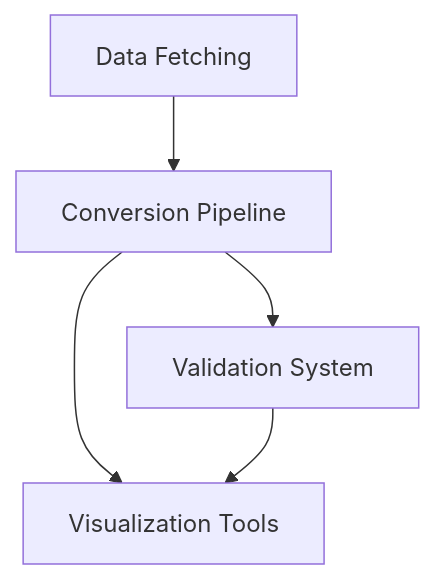
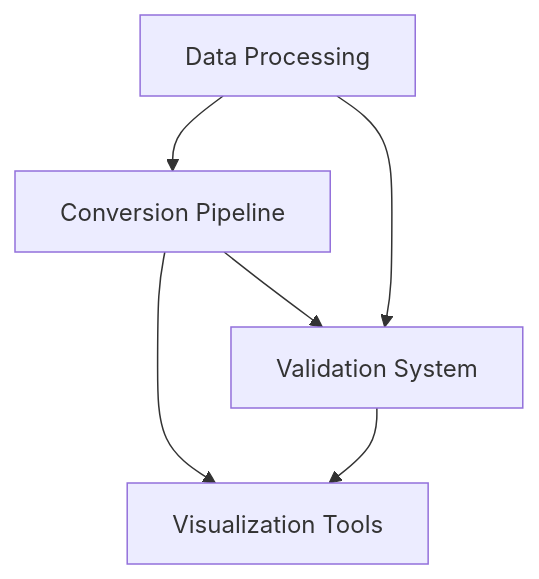
Before and after one commit to bilgeswe/SWE599: the diagram in docs/architecture.md, drawn with Mermaid. The commit also changed other lines of this file and 18 other files, not shown here.

````diff
--- a/docs/architecture.md
+++ b/docs/architecture.md
@@ -31,7 +35,8 @@
 ```mermaid
 graph TD
-    A[Data Fetching] --> B[Conversion Pipeline]
+    A[Data Processing] --> B[Conversion Pipeline]
     B --> C[Validation System]
     B --> D[Visualization Tools]
     C --> D
+    A --> C
 ```
````
